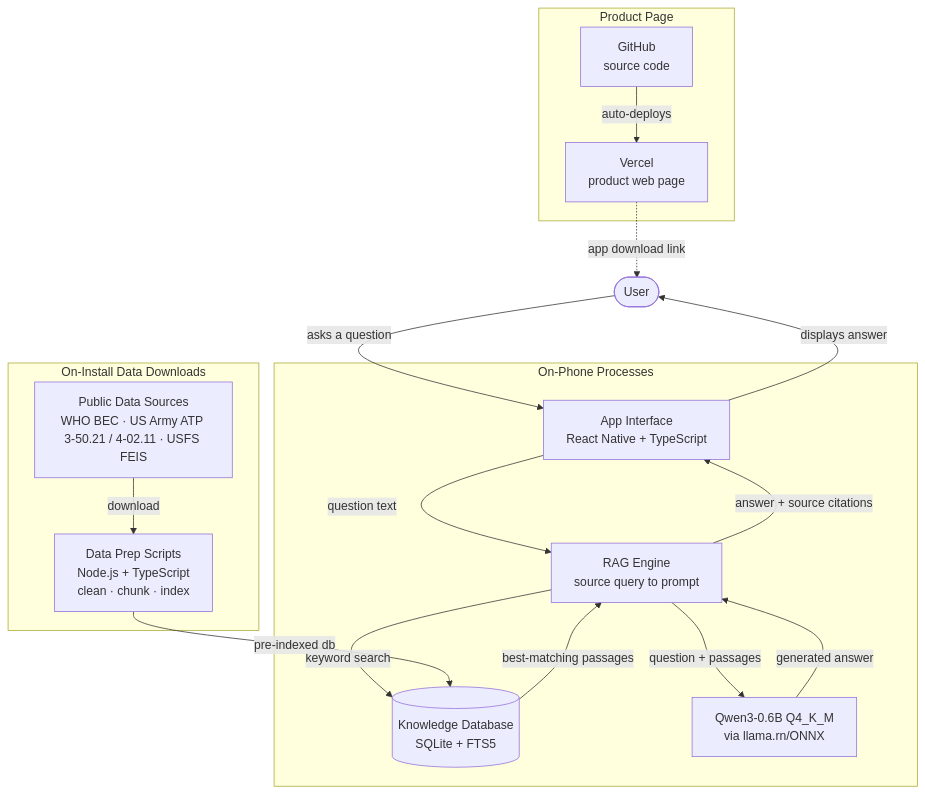
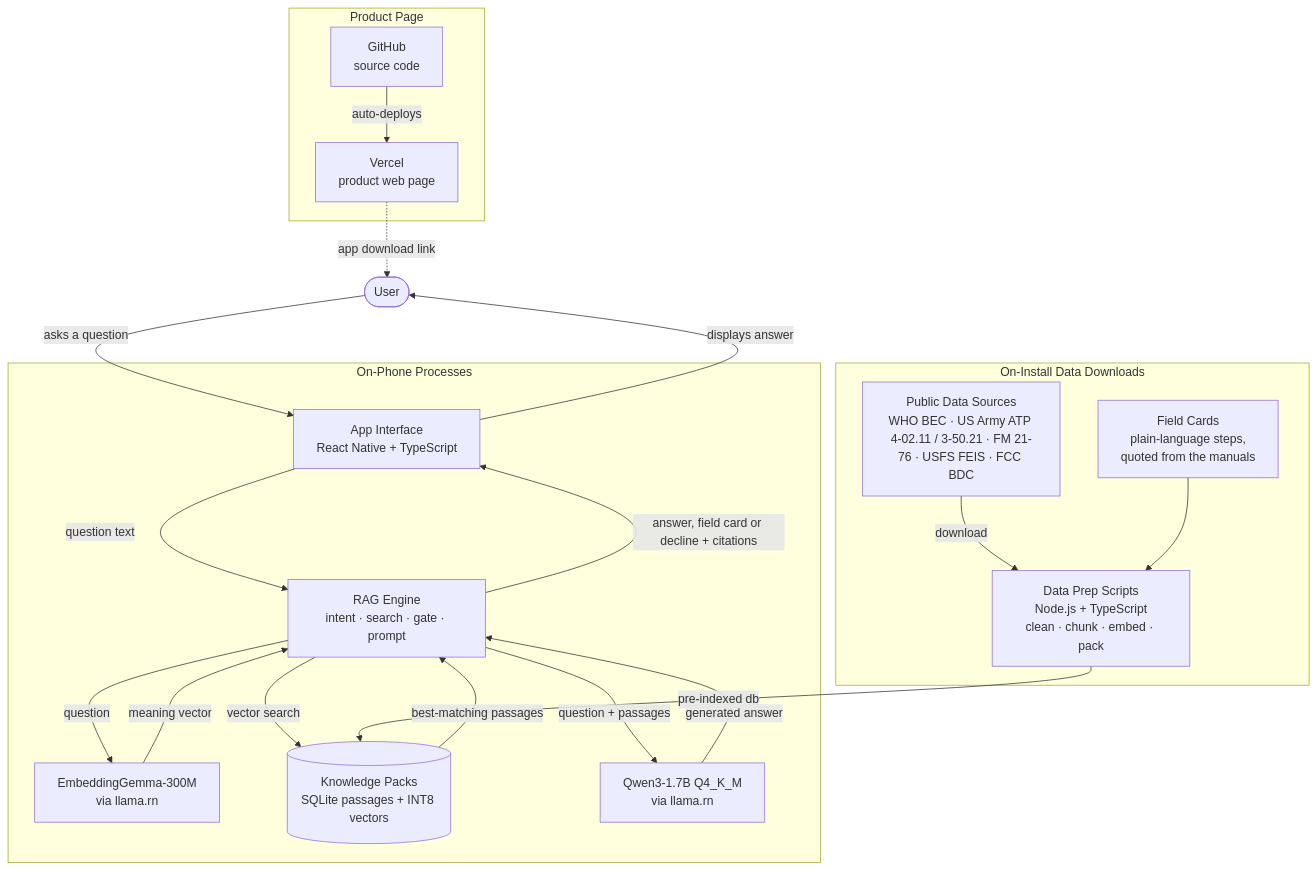
One commit to r-magnus/fred changed the first of 2 diagrams in README.md. Above: the diagram before and after it, drawn with Mermaid. The commit also changed other lines of this file and 2 other files, not shown here.

Commit message:
README tech details match the shipped stack; B-KR2 scoped to distance and direction to signal

````diff
--- a/README.md
+++ b/README.md
@@ -325,30 +325,34 @@
 ```mermaid
 flowchart TB
   subgraph product["Product Page"]
     gh["GitHub<br/>source code"] -- auto-deploys --> vercel["Vercel<br/>product web page"]
   end
 
   vercel -. app download link .-> user(["User"])
 
   subgraph install["On-Install Data Downloads"]
-    sources["Public Data Sources<br/>WHO BEC · US Army ATP 3-50.21 / 4-02.11 · USFS FEIS"] -- download --> prep["Data Prep Scripts<br/>Node.js + TypeScript<br/>clean · chunk · index"]
+    sources["Public Data Sources<br/>WHO BEC · US Army ATP 4-02.11 / 3-50.21 · FM 21-76 · USFS FEIS · FCC BDC"] -- download --> prep["Data Prep Scripts<br/>Node.js + TypeScript<br/>clean · chunk · embed · pack"]
+    cards["Field Cards<br/>plain-language steps,<br/>quoted from the manuals"] --> prep
   end
 
   subgraph phone["On-Phone Processes"]
     ui["App Interface<br/>React Native + TypeScript"]
-    rag["RAG Engine<br/>source query to prompt"]
-    db[("Knowledge Database<br/>SQLite + FTS5")]
-    llm["Qwen3-0.6B Q4_K_M<br/>via llama.rn/ONNX"]
+    rag["RAG Engine<br/>intent · search · gate · prompt"]
+    emb["EmbeddingGemma-300M<br/>via llama.rn"]
+    db[("Knowledge Packs<br/>SQLite passages + INT8 vectors")]
+    llm["Qwen3-1.7B Q4_K_M<br/>via llama.rn"]
 
     ui -- question text --> rag
-    rag -- answer + source citations --> ui
-    rag -- keyword search --> db
+    rag -- answer, field card or decline + citations --> ui
+    rag -- question --> emb
+    emb -- meaning vector --> rag
+    rag -- vector search --> db
     db -- best-matching passages --> rag
     rag -- question + passages --> llm
     llm -- generated answer --> rag
   end
 
   user -- asks a question --> ui
   ui -- displays answer --> user
   prep -- pre-indexed db --> db
 ```
````
